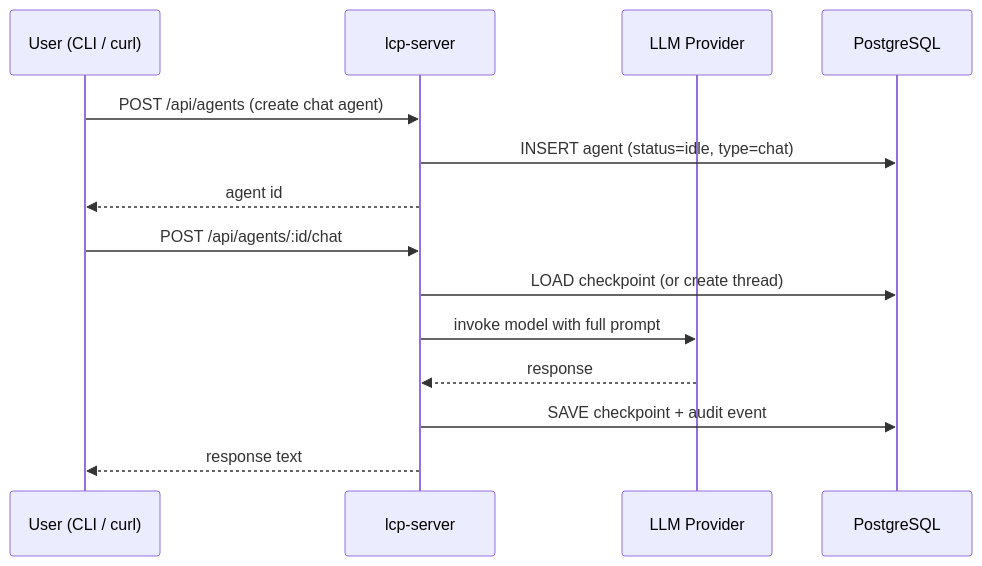
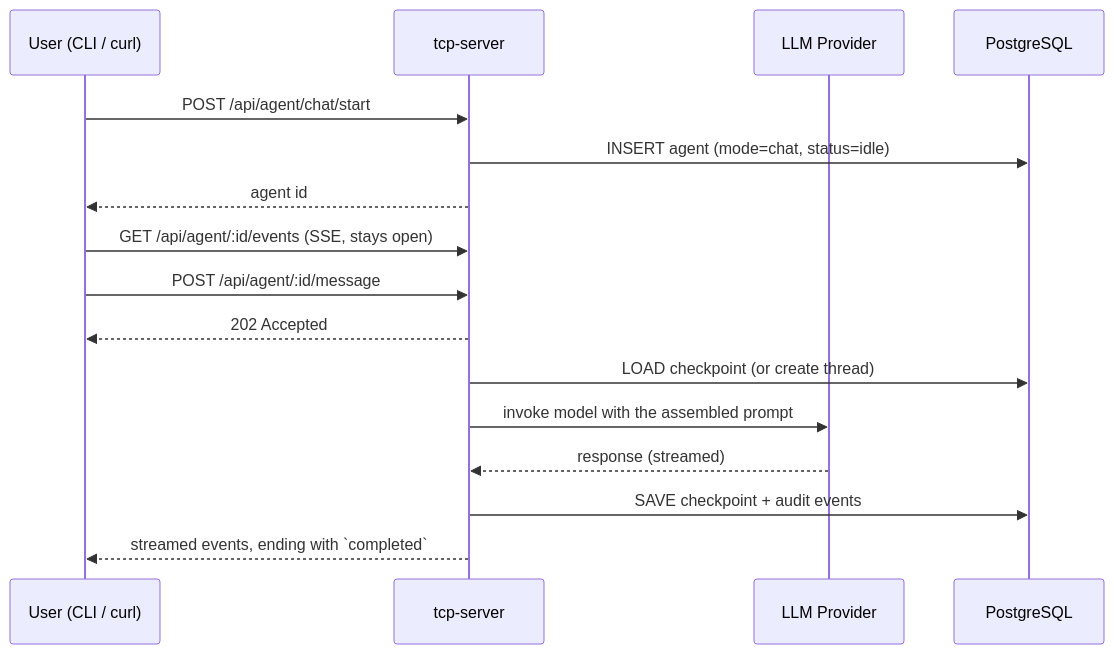
The diagram in docs/manual-testing/03-chat-agents.md (instantiator/tcp-server), drawn with Mermaid before and after one commit. The commit also changed other lines of this file and 1129 other files, not shown here.

````diff
--- a/docs/manual-testing/03-chat-agents.md
+++ b/docs/manual-testing/03-chat-agents.md
@@ -9,18 +11,20 @@
 ```mermaid
 sequenceDiagram
     participant U as User (CLI / curl)
-    participant S as lcp-server
+    participant S as tcp-server
     participant LLM as LLM Provider
     participant DB as PostgreSQL
 
-    U->>S: POST /api/agents (create chat agent)
-    S->>DB: INSERT agent (status=idle, type=chat)
+    U->>S: POST /api/agent/chat/start
+    S->>DB: INSERT agent (mode=chat, status=idle)
     S-->>U: agent id
 
-    U->>S: POST /api/agents/:id/chat
+    U->>S: GET /api/agent/:id/events (SSE, stays open)
+    U->>S: POST /api/agent/:id/message
+    S-->>U: 202 Accepted
     S->>DB: LOAD checkpoint (or create thread)
-    S->>LLM: invoke model with full prompt
-    LLM-->>S: response
-    S->>DB: SAVE checkpoint + audit event
-    S-->>U: response text
+    S->>LLM: invoke model with the assembled prompt
+    LLM-->>S: response (streamed)
+    S->>DB: SAVE checkpoint + audit events
+    S-->>U: streamed events, ending with `completed`
 ```
````
